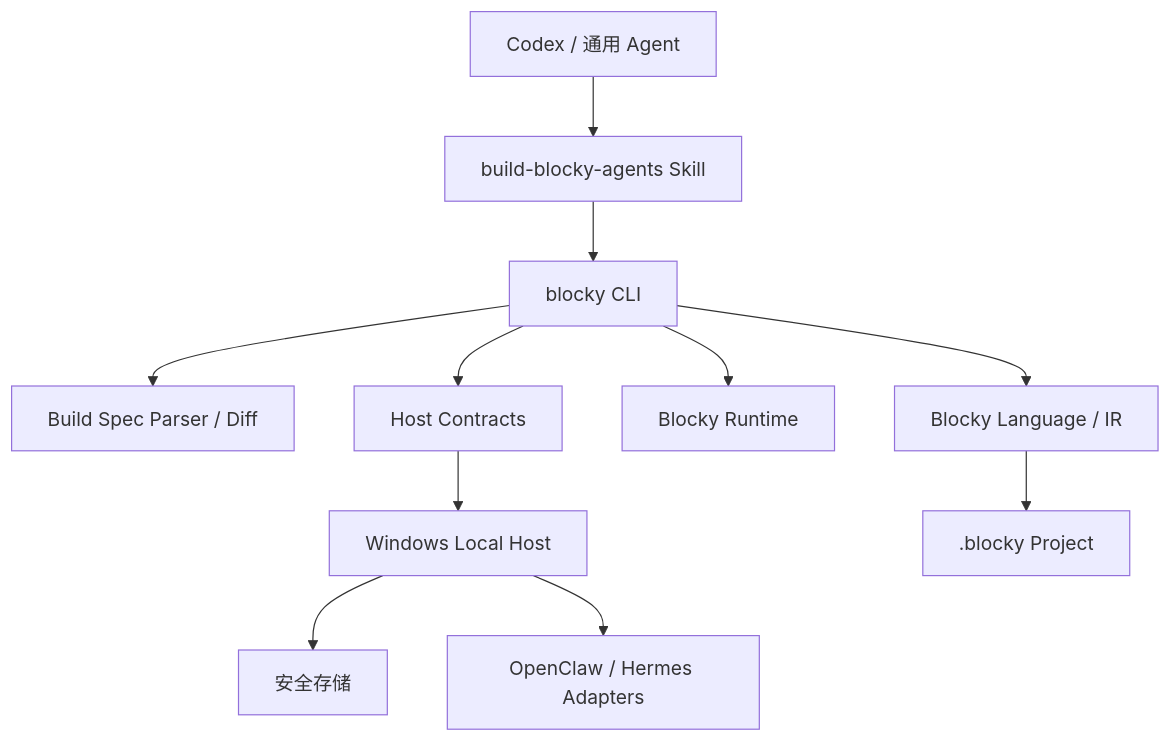
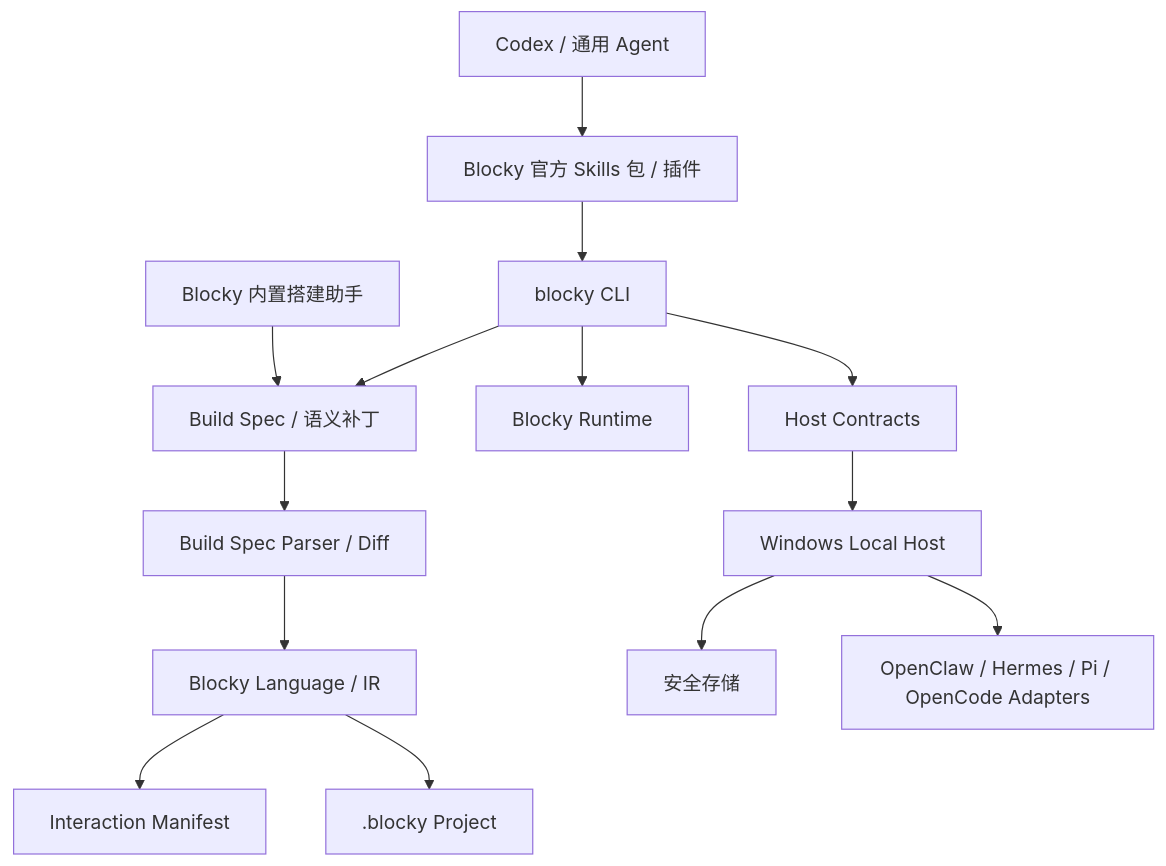
The diagram in doc/技术设计/ADR-003-CLI与官方Agent-Skill接口.md (q2955161835-debug/Blocky-AI), drawn with Mermaid before and after one commit. The commit also changed other lines of this file and 13 other files, not shown here.

````diff
--- a/doc/技术设计/ADR-003-CLI与官方Agent-Skill接口.md
+++ b/doc/技术设计/ADR-003-CLI与官方Agent-Skill接口.md
@@ -32,13 +33,16 @@
 ```mermaid
 flowchart TB
-  Agent["Codex / 通用 Agent"] --> Skill["build-blocky-agents Skill"]
-  Skill --> CLI["blocky CLI"]
-  CLI --> Spec["Build Spec Parser / Diff"]
-  CLI --> Language["Blocky Language / IR"]
+  Builder["Blocky 内置搭建助手"] --> Patch["Build Spec / 语义补丁"]
+  Agent["Codex / 通用 Agent"] --> Skills["Blocky 官方 Skills 包 / 插件"]
+  Skills --> CLI["blocky CLI"]
+  CLI --> Patch
+  Patch --> Spec["Build Spec Parser / Diff"]
+  Spec --> Language["Blocky Language / IR"]
+  Language --> Interaction["Interaction Manifest"]
   CLI --> Runtime["Blocky Runtime"]
   CLI --> HostContract["Host Contracts"]
   HostContract --> LocalHost["Windows Local Host"]
   LocalHost --> Secrets["安全存储"]
-  LocalHost --> Compat["OpenClaw / Hermes Adapters"]
+  LocalHost --> Compat["OpenClaw / Hermes / Pi / OpenCode Adapters"]
   Language --> Project[".blocky Project"]
 ```
````
